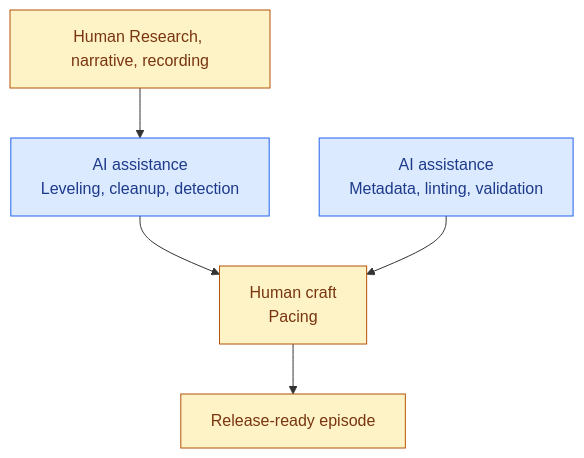
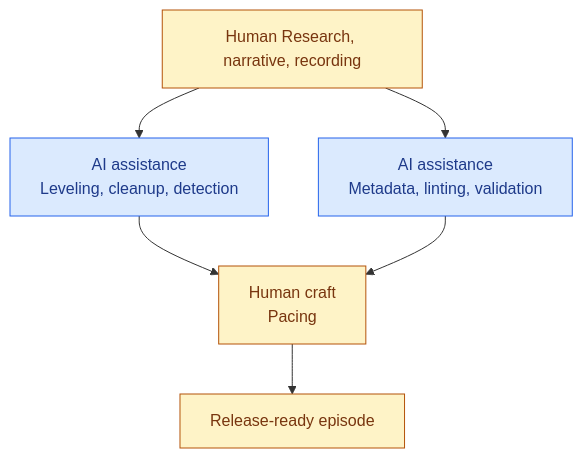
One commit to seetheday/podcast-automation changed the second of 2 diagrams in substack/drafts/01-agentic-ai-intro.md. Above: the diagram before and after it, drawn with Mermaid.

Commit message:
Add AI assistance flow to draft document

````diff
--- a/substack/drafts/01-agentic-ai-intro.md
+++ b/substack/drafts/01-agentic-ai-intro.md
@@ -91,12 +91,13 @@
 ```mermaid
 flowchart TB
     H1[Human Research, narrative, recording] --> A1
+    H1 --> A2
     H2[Human craft<br/>Pacing] --> R[Release-ready episode]
     A1[AI assistance<br/>Leveling, cleanup, detection] --> H2
     A2[AI assistance<br/>Metadata, linting, validation] --> H2
 
     classDef human fill:#fef3c7,stroke:#b45309,color:#78350f;
     classDef auto fill:#dbeafe,stroke:#2563eb,color:#1e3a8a;
     class H1,H2,R human;
     class A1,A2 auto;
 ```
````
